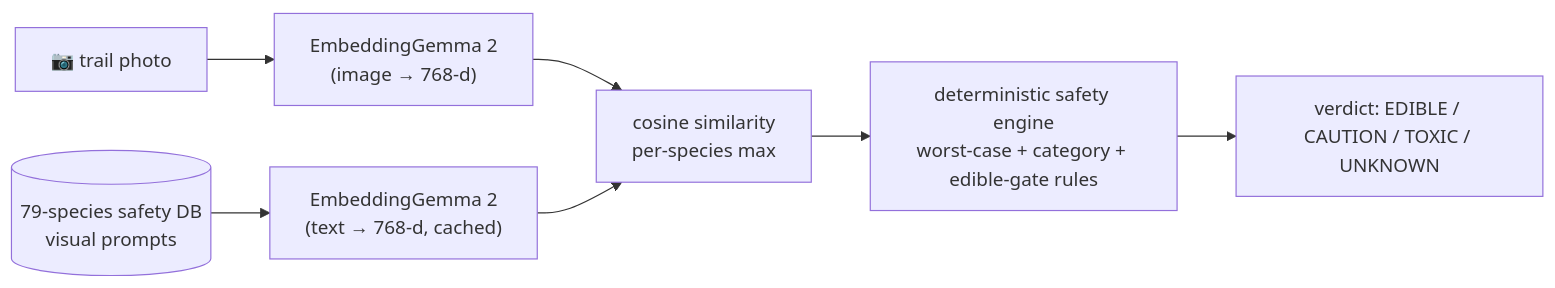
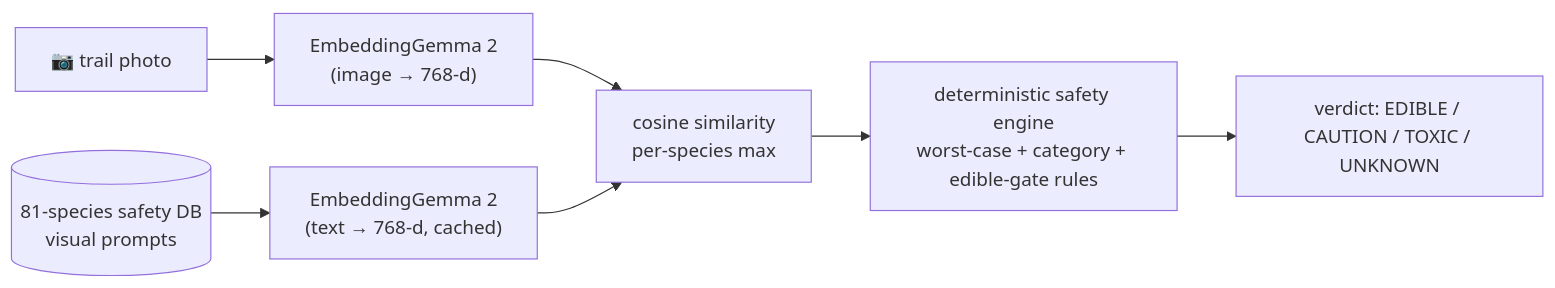
One commit to AaronStark1/trailsnack-hacktoberfest-2026 changed the diagram in README.md. Above: the diagram before and after it, drawn with Mermaid. The commit also changed other lines of this file and 3 other files, not shown here.

````diff
--- a/README.md
+++ b/README.md
@@ -62,9 +62,9 @@
 ```mermaid
 flowchart LR
     Photo["📷 trail photo"] --> E1["EmbeddingGemma 2\n(image → 768-d)"]
-    DB[("79-species safety DB\nvisual prompts")] --> E2["EmbeddingGemma 2\n(text → 768-d, cached)"]
+    DB[("81-species safety DB\nvisual prompts")] --> E2["EmbeddingGemma 2\n(text → 768-d, cached)"]
     E1 --> COS["cosine similarity\nper-species max"]
     E2 --> COS
     COS --> ENG["deterministic safety engine\nworst-case + category + edible-gate rules"]
     ENG --> V["verdict: EDIBLE / CAUTION / TOXIC / UNKNOWN"]
 ```
````
